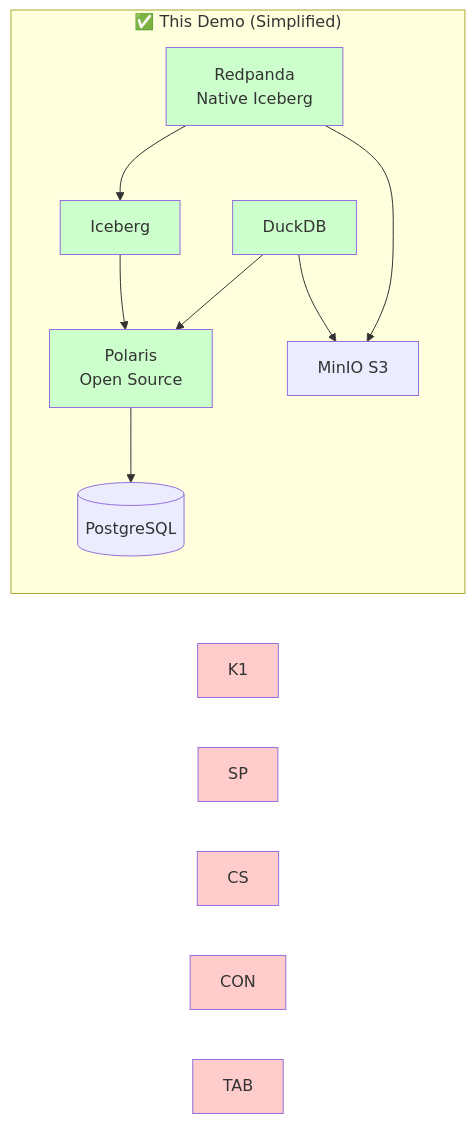
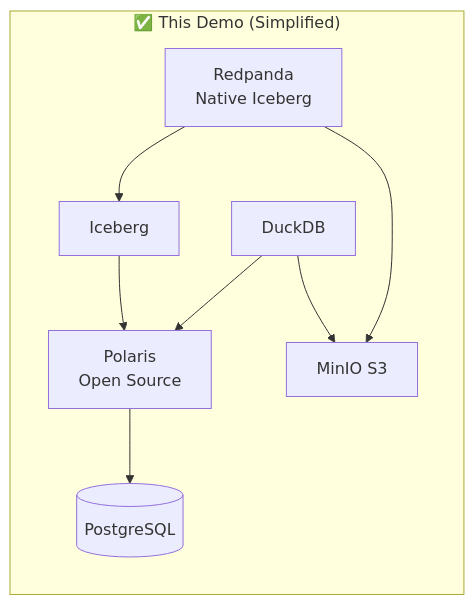
One commit to meticulo3366/redpanda-iceberg-duckdb changed the third of 7 diagrams in README.md. Above: the diagram before and after it, drawn with Mermaid. The commit also changed other lines of this file and 1 other file, not shown here.

````diff
--- a/README.md
+++ b/README.md
@@ -229,22 +229,13 @@
 ```mermaid
 graph LR
 
     subgraph "✅ This Demo (Simplified)"
         RP[Redpanda<br/>Native Iceberg] --> IC2[Iceberg]
         IC2 --> POL[Polaris<br/>Open Source]
         POL --> META2[(PostgreSQL)]
         RP --> S32[MinIO S3]
         DDB[DuckDB] --> POL
         DDB --> S32
     end
 
-    style K1 fill:#ffcccc
-    style SP fill:#ffcccc
-    style CS fill:#ffcccc
-    style CON fill:#ffcccc
-    style TAB fill:#ffcccc
-    style RP fill:#ccffcc
-    style IC2 fill:#ccffcc
-    style POL fill:#ccffcc
-    style DDB fill:#ccffcc
 ```
````
